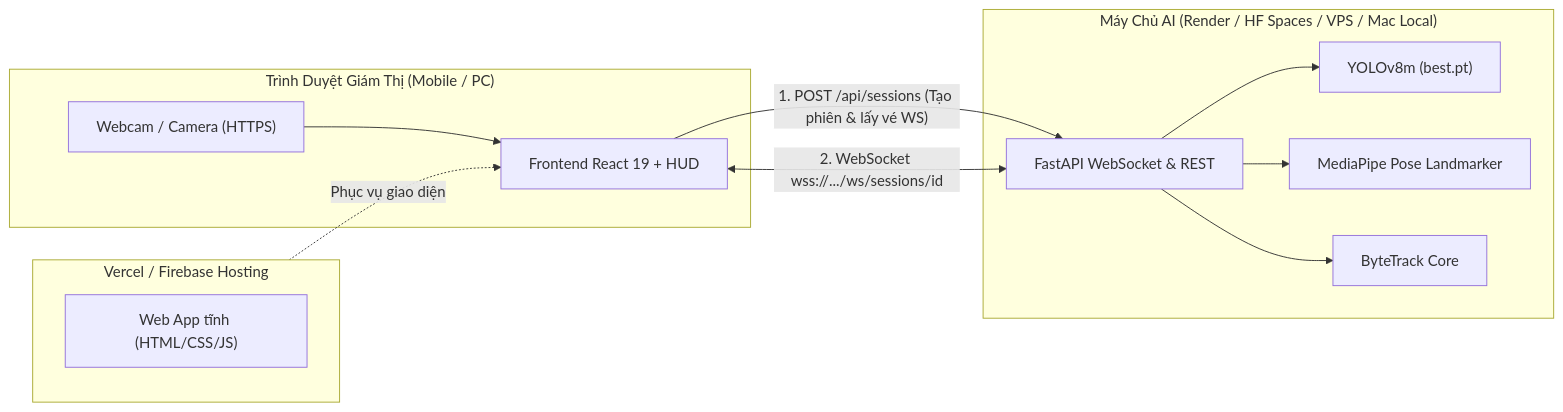
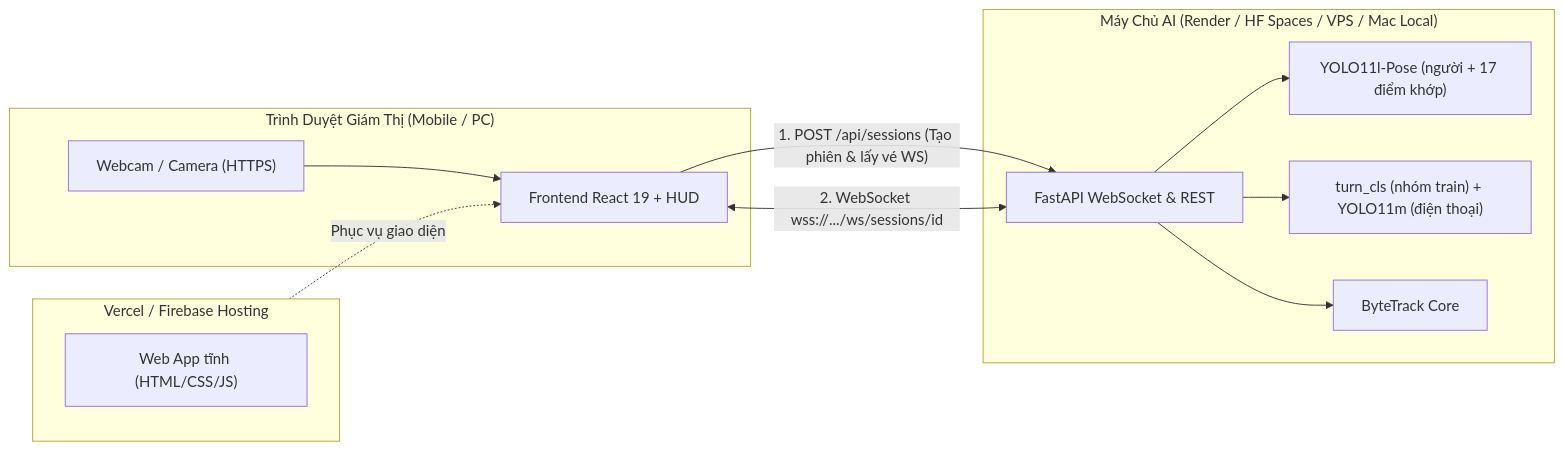
One commit to danhhoa20005/exam-monitor changed the diagram in DEPLOYMENT_GUIDE.md. Above: the diagram before and after it, drawn with Mermaid. The commit also changed other lines of this file and 20 other files, not shown here.

Commit message:
chore: remove MediaPipe, old models and unused tools

````diff
--- a/DEPLOYMENT_GUIDE.md
+++ b/DEPLOYMENT_GUIDE.md
@@ -12,26 +12,26 @@
 ```mermaid
 flowchart LR
     subgraph Client["Trình Duyệt Giám Thị (Mobile / PC)"]
         Cam["Webcam / Camera (HTTPS)"]
         UI["Frontend React 19 + HUD"]
     end
 
     subgraph HostingFrontend["Vercel / Firebase Hosting"]
         Static["Web App tĩnh (HTML/CSS/JS)"]
     end
 
     subgraph BackendAI["Máy Chủ AI (Render / HF Spaces / VPS / Mac Local)"]
         FastAPI["FastAPI WebSocket & REST"]
-        YOLO["YOLOv8m (best.pt)"]
-        MediaPipe["MediaPipe Pose Landmarker"]
+        YOLO["YOLO11l-Pose (người + 17 điểm khớp)"]
+        Models["turn_cls (nhóm train) + YOLO11m (điện thoại)"]
         ByteTrack["ByteTrack Core"]
     end
 
     Cam --> UI
     HostingFrontend -. Phục vụ giao diện .-> UI
     UI -- "1. POST /api/sessions (Tạo phiên & lấy vé WS)" --> FastAPI
     UI <-- "2. WebSocket wss://.../ws/sessions/id" --> FastAPI
     FastAPI --> YOLO
-    FastAPI --> MediaPipe
+    FastAPI --> Models
     FastAPI --> ByteTrack
 ```
````
